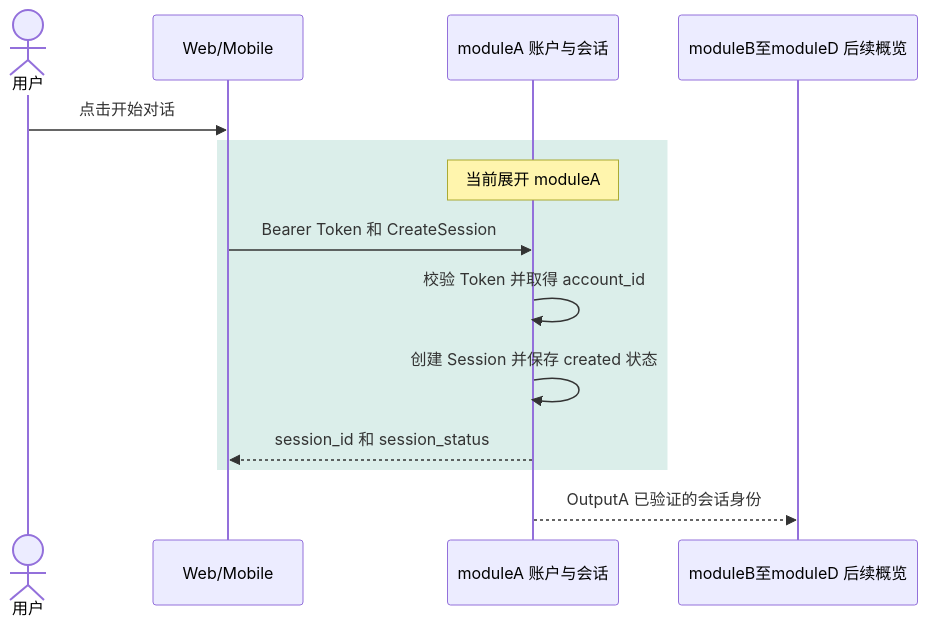
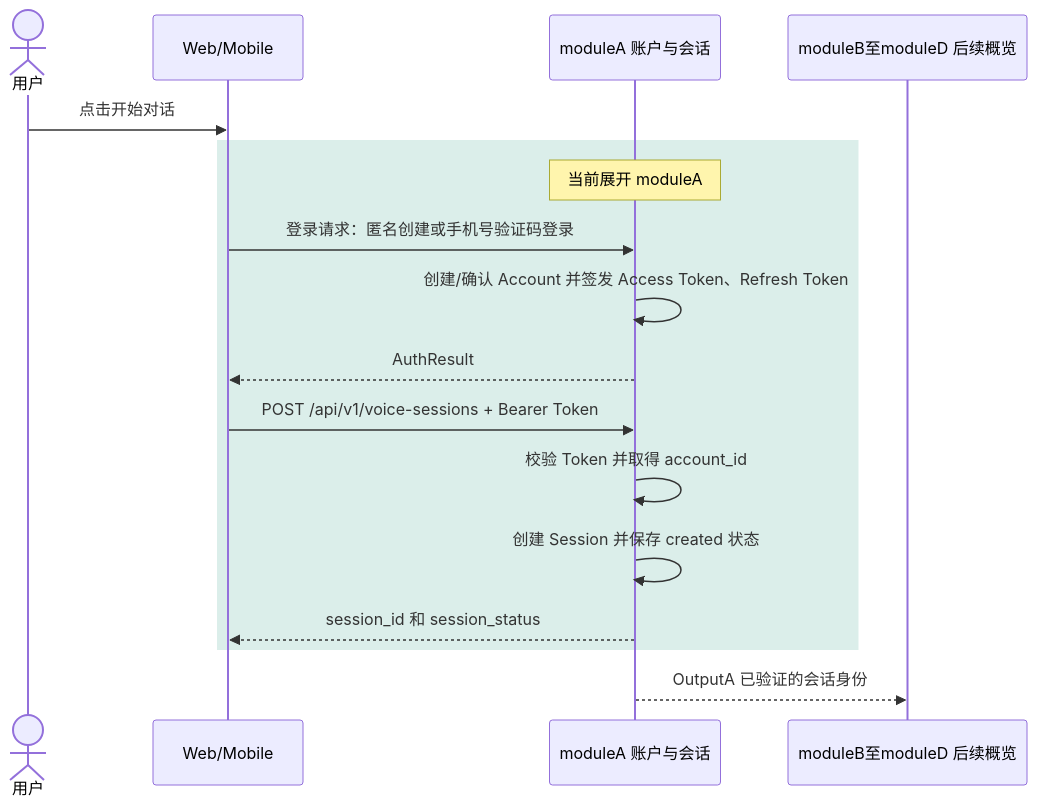
Before and after one commit to Gwen317/xe6-tsy: the second of 6 diagrams in docs/USER_STORY_ARCHITECTURE_FLOW.md, drawn with Mermaid. The commit also changed other lines of this file and 3 other files, not shown here.

Commit message:
docs(architecture): link auth and usage code paths

````diff
--- a/docs/USER_STORY_ARCHITECTURE_FLOW.md
+++ b/docs/USER_STORY_ARCHITECTURE_FLOW.md
@@ -41,17 +44,20 @@
 ```mermaid
 sequenceDiagram
     actor User as 用户
     participant Client as Web/Mobile
     participant A as moduleA 账户与会话
     participant Next as moduleB至moduleD 后续概览
 
     User->>Client: 点击开始对话
     rect rgba(36, 150, 125, 0.16)
         Note over A: 当前展开 moduleA
-        Client->>A: Bearer Token 和 CreateSession
+        Client->>A: 登录请求：匿名创建或手机号验证码登录
+        A->>A: 创建/确认 Account 并签发 Access Token、Refresh Token
+        A-->>Client: AuthResult
+        Client->>A: POST /api/v1/voice-sessions + Bearer Token
         A->>A: 校验 Token 并取得 account_id
         A->>A: 创建 Session 并保存 created 状态
         A-->>Client: session_id 和 session_status
     end
     A-->>Next: OutputA 已验证的会话身份
 ```
````
